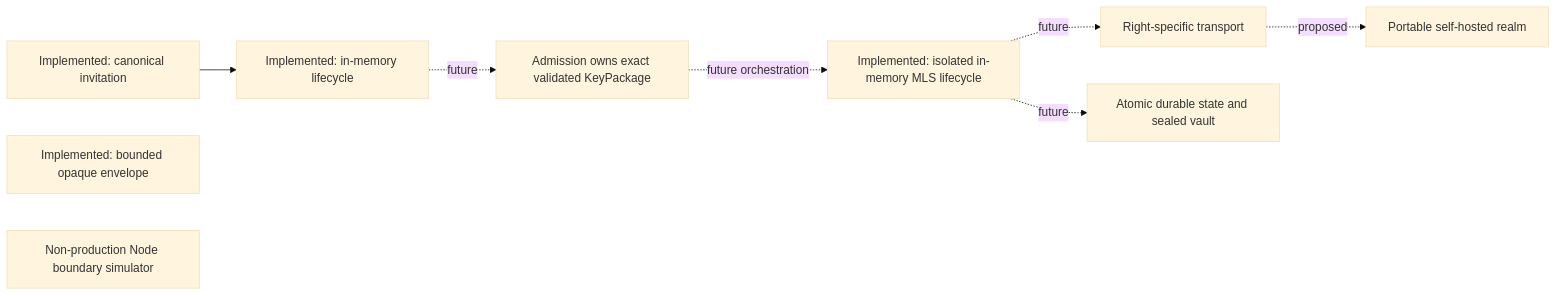
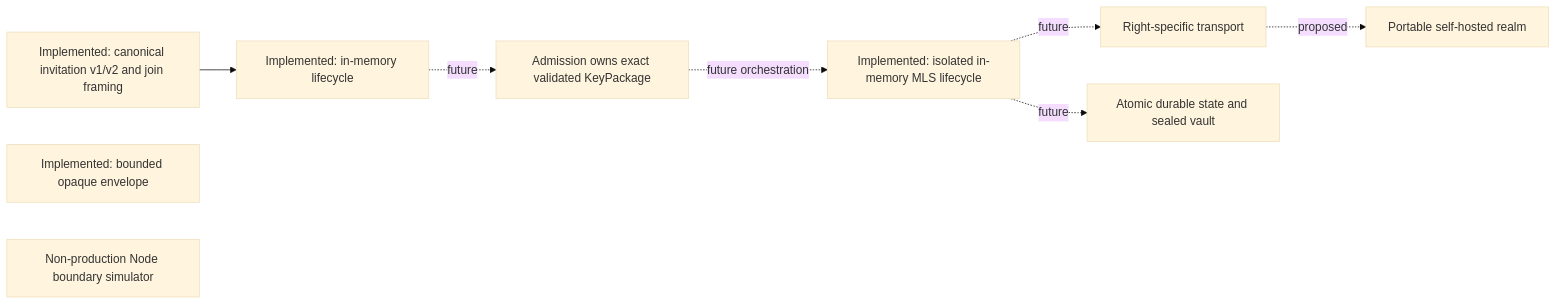
One commit to dills122/session-chat changed the diagram in docs/INDEPENDENT_AUDIT_BRIEF.md. Above: the diagram before and after it, drawn with Mermaid (base theme). The commit also changed other lines of this file and 19 other files, not shown here.

````diff
--- a/docs/INDEPENDENT_AUDIT_BRIEF.md
+++ b/docs/INDEPENDENT_AUDIT_BRIEF.md
@@ -60,12 +67,12 @@
 ```mermaid
 flowchart LR
-  I["Implemented: canonical invitation"] --> R["Implemented: in-memory lifecycle"]
+  I["Implemented: canonical invitation v1/v2 and join framing"] --> R["Implemented: in-memory lifecycle"]
   E["Implemented: bounded opaque envelope"]
   M["Implemented: isolated in-memory MLS lifecycle"]
   N["Non-production Node boundary simulator"]
   R -. future .-> A["Admission owns exact validated KeyPackage"]
   A -. future orchestration .-> M
   M -. future .-> T["Right-specific transport"]
   M -. future .-> V["Atomic durable state and sealed vault"]
   T -. proposed .-> H["Portable self-hosted realm"]
 ```
````
